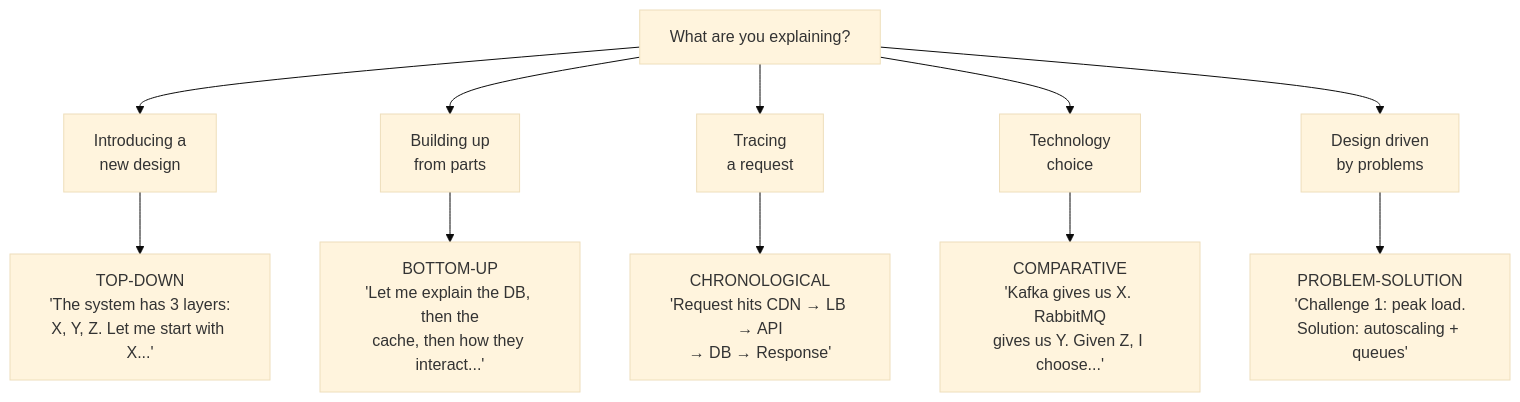
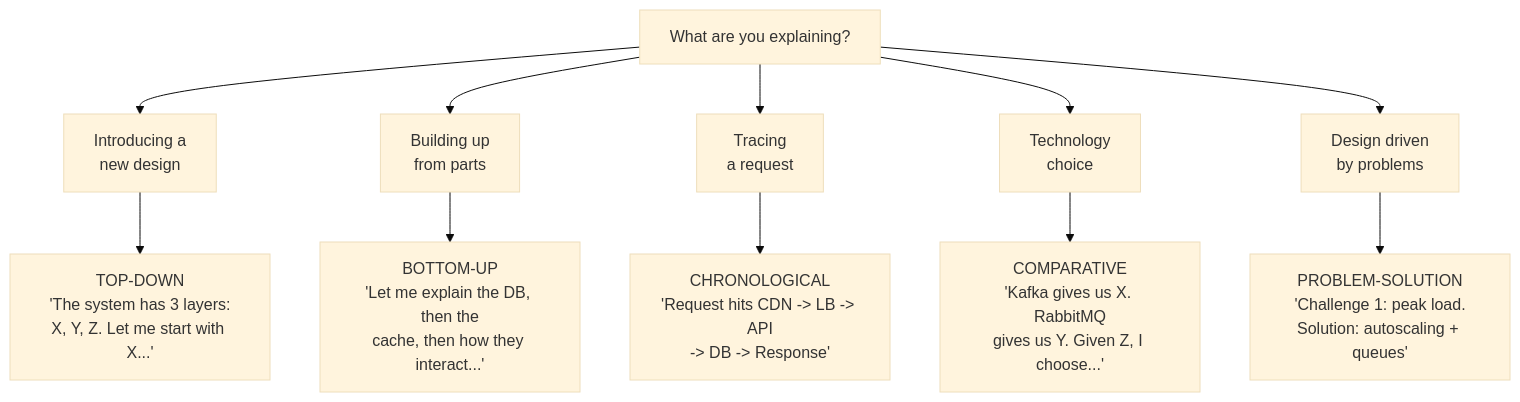
The eighth of 9 diagrams in Section1/Chapter_12_Communication_and_Interview_Leadership.md (ranjeetnegi/System-Design-for-Staff-SWE), drawn with Mermaid (base theme) before and after one commit. The commit also changed other lines of this file and 11 other files, not shown here.

````diff
--- a/Section1/Chapter_12_Communication_and_Interview_Leadership.md
+++ b/Section1/Chapter_12_Communication_and_Interview_Leadership.md
@@ -1818,15 +1818,15 @@
 ```mermaid
 flowchart TD
     Question["What are you explaining?"]
     Question --> NewSystem["Introducing a\nnew design"]
     Question --> BuildingUp["Building up\nfrom parts"]
     Question --> TraceRequest["Tracing\na request"]
     Question --> TechChoice["Technology\nchoice"]
     Question --> ProblemDriven["Design driven\nby problems"]
 
     NewSystem --> TopDown["TOP-DOWN\n'The system has 3 layers:\nX, Y, Z. Let me start with X...'"]
     BuildingUp --> BottomUp["BOTTOM-UP\n'Let me explain the DB, then the\ncache, then how they interact...'"]
-    TraceRequest --> Chrono["CHRONOLOGICAL\n'Request hits CDN → LB → API\n→ DB → Response'"]
+    TraceRequest --> Chrono["CHRONOLOGICAL\n'Request hits CDN -> LB -> API\n-> DB -> Response'"]
     TechChoice --> Compare["COMPARATIVE\n'Kafka gives us X. RabbitMQ\ngives us Y. Given Z, I choose...'"]
     ProblemDriven --> ProbSol["PROBLEM-SOLUTION\n'Challenge 1: peak load.\nSolution: autoscaling + queues'"]
 ```
````
